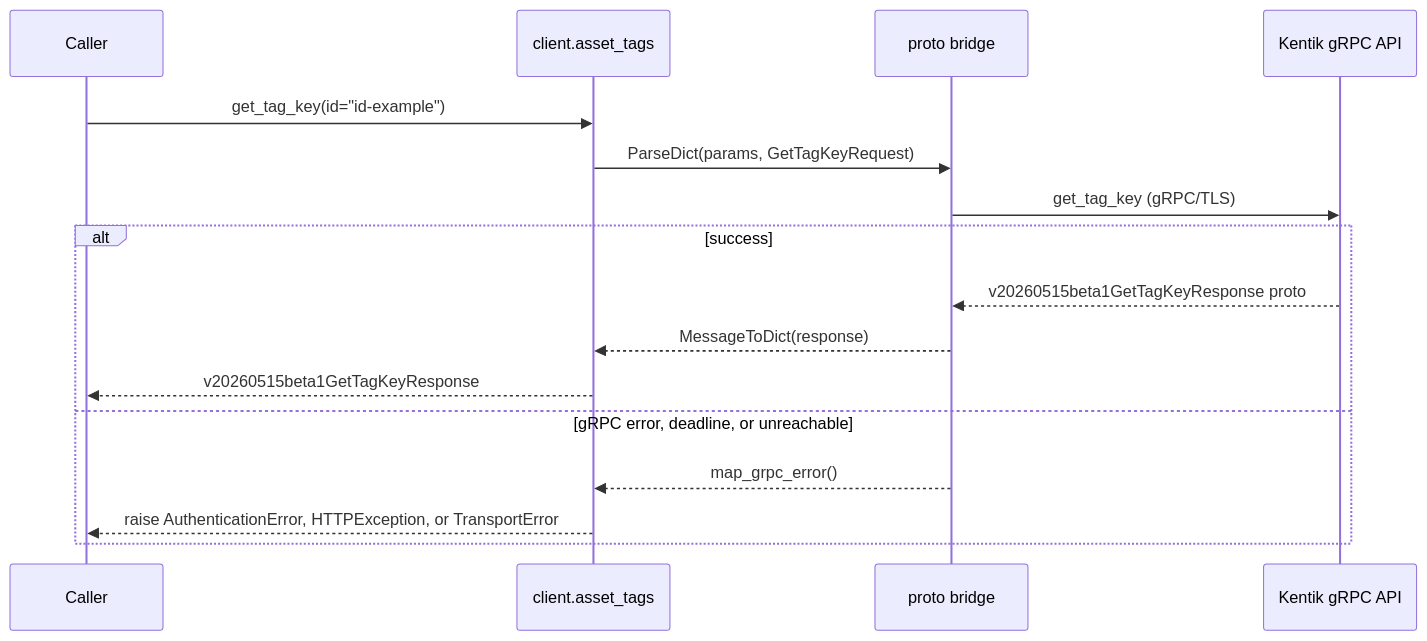
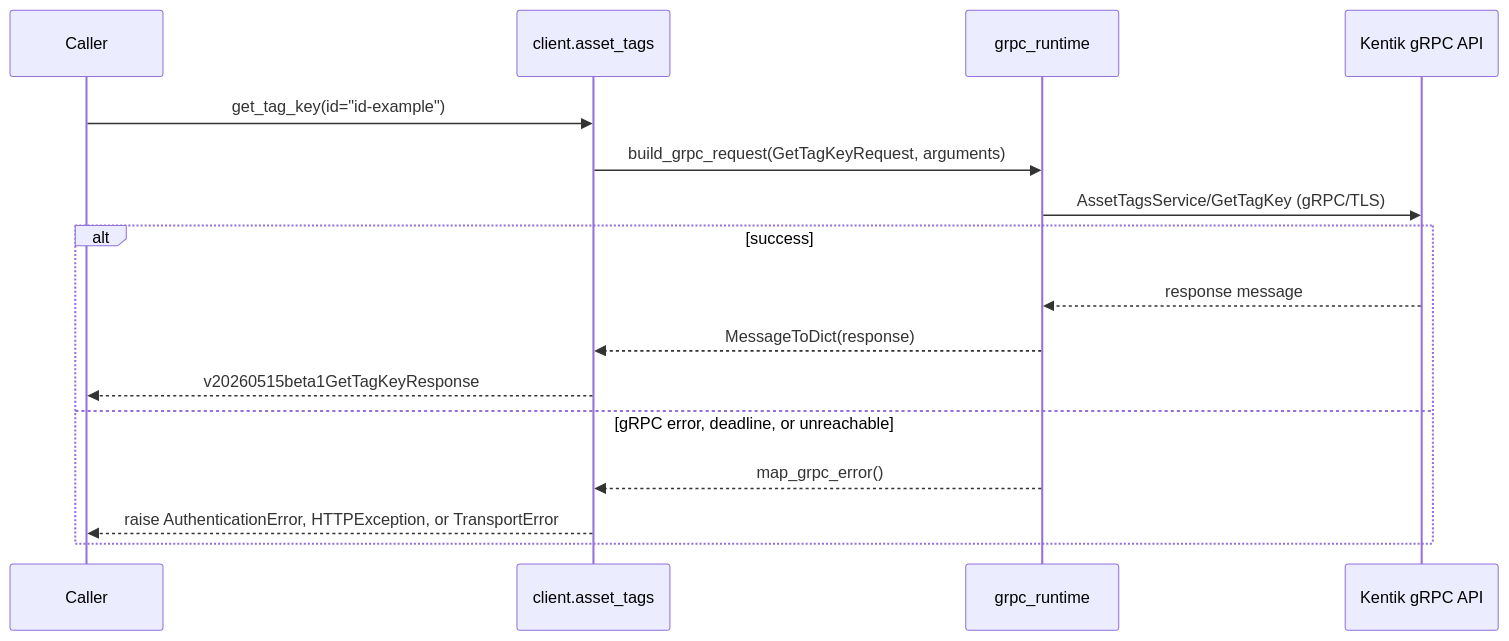
One commit to alexdearaujo/community_sdk_python changed the ninth of 20 diagrams in docs/sphinx/services/asset_tags.md. Above: the diagram before and after it, drawn with Mermaid. The commit also changed other lines of this file and 37 other files, not shown here.

First line of the commit message:
docs: show the real RPC in each service page's gRPC diagram

````diff
--- a/docs/sphinx/services/asset_tags.md
+++ b/docs/sphinx/services/asset_tags.md
@@ -281,19 +281,19 @@
 ```mermaid
 sequenceDiagram
     participant C as Caller
     participant W as client.asset_tags
-    participant B as proto bridge
+    participant R as grpc_runtime
     participant API as Kentik gRPC API
 
     C->>W: get_tag_key(id="id-example")
-    W->>B: ParseDict(params, GetTagKeyRequest)
-    B->>API: get_tag_key (gRPC/TLS)
+    W->>R: build_grpc_request(GetTagKeyRequest, arguments)
+    R->>API: AssetTagsService/GetTagKey (gRPC/TLS)
     alt success
-        API-->>B: v20260515beta1GetTagKeyResponse proto
-        B-->>W: MessageToDict(response)
+        API-->>R: response message
+        R-->>W: MessageToDict(response)
         W-->>C: v20260515beta1GetTagKeyResponse
     else gRPC error, deadline, or unreachable
-        B-->>W: map_grpc_error()
+        R-->>W: map_grpc_error()
         W-->>C: raise AuthenticationError, HTTPException, or TransportError
     end
 ```
````
